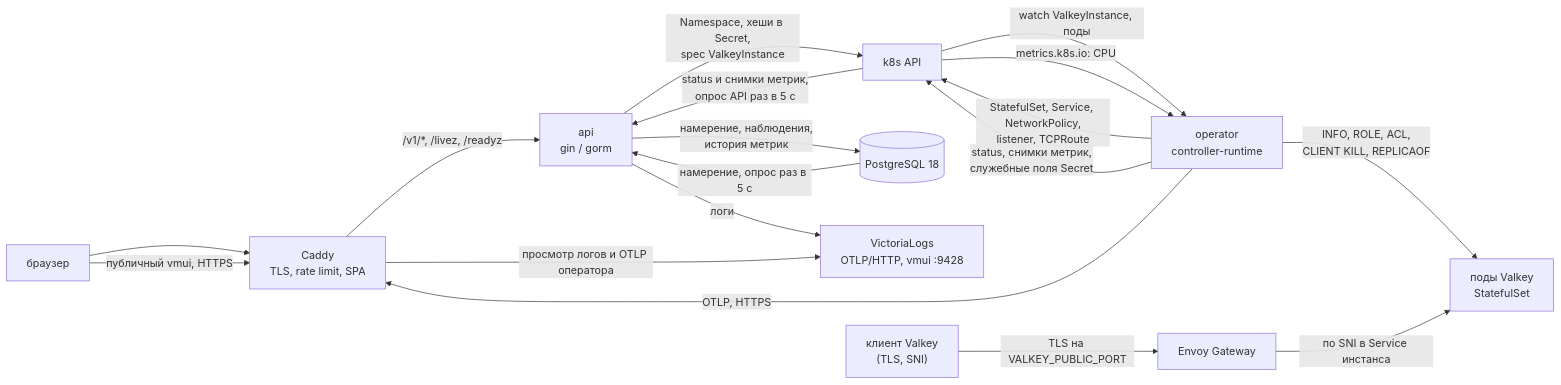
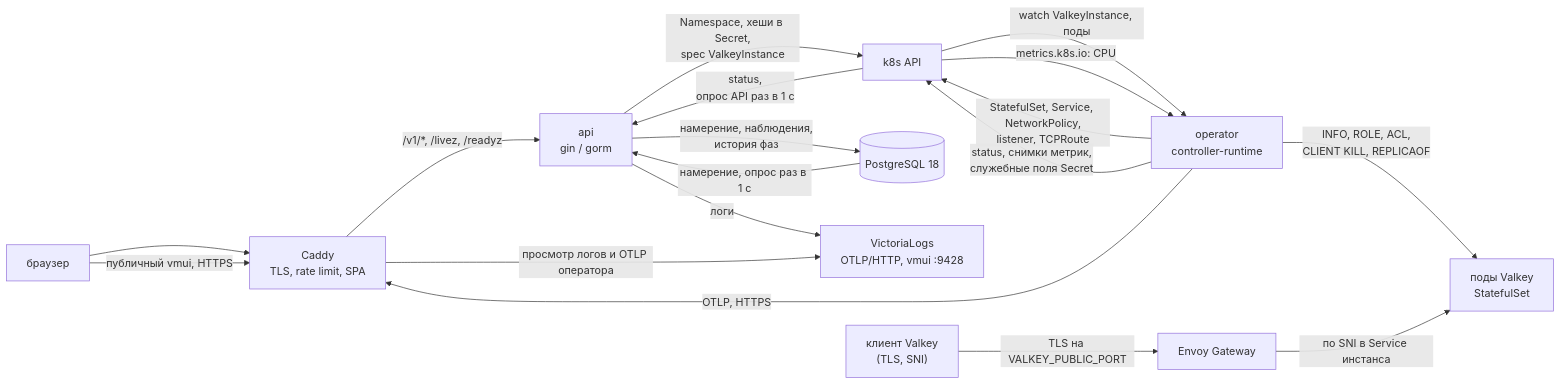
The first of 2 diagrams in SYSTEM.md (RostislavDugin/managed-valkey), drawn with Mermaid before and after one commit. The commit also changed other lines of this file and 33 other files, not shown here.

````diff
--- a/SYSTEM.md
+++ b/SYSTEM.md
@@ -108,31 +108,31 @@
 ```mermaid
 flowchart LR
     client["клиент Valkey<br/>(TLS, SNI)"]
     browser["браузер"]
     caddy["Caddy<br/>TLS, rate limit, SPA"]
     api["api<br/>gin / gorm"]
     pg[("PostgreSQL 18")]
     vl["VictoriaLogs<br/>OTLP/HTTP, vmui :9428"]
     k8s["k8s API"]
     operator["operator<br/>controller-runtime"]
     gw["Envoy Gateway"]
     pods["поды Valkey<br/>StatefulSet"]
 
     browser --> caddy
     caddy -- "/v1/*, /livez, /readyz" --> api
-    api -- "намерение, наблюдения,<br/>история метрик" --> pg
-    pg -- "намерение, опрос раз в 5 с" --> api
+    api -- "намерение, наблюдения,<br/>история фаз" --> pg
+    pg -- "намерение, опрос раз в 1 с" --> api
     api -- "Namespace, хеши в Secret,<br/>spec ValkeyInstance" --> k8s
-    k8s -- "status и снимки метрик,<br/>опрос API раз в 5 с" --> api
+    k8s -- "status,<br/>опрос API раз в 1 с" --> api
     k8s -- "watch ValkeyInstance, поды" --> operator
     operator -- "StatefulSet, Service, NetworkPolicy,<br/>listener, TCPRoute" --> k8s
     operator -- "INFO, ROLE, ACL,<br/>CLIENT KILL, REPLICAOF" --> pods
     operator -- "status, снимки метрик,<br/>служебные поля Secret" --> k8s
     k8s -- "metrics.k8s.io: CPU" --> operator
     api -- "логи" --> vl
     operator -- "OTLP, HTTPS" --> caddy
     browser -- "публичный vmui, HTTPS" --> caddy
     caddy -- "просмотр логов и OTLP оператора" --> vl
     client -- "TLS на VALKEY_PUBLIC_PORT" --> gw
     gw -- "по SNI в Service инстанса" --> pods
 ```
````
